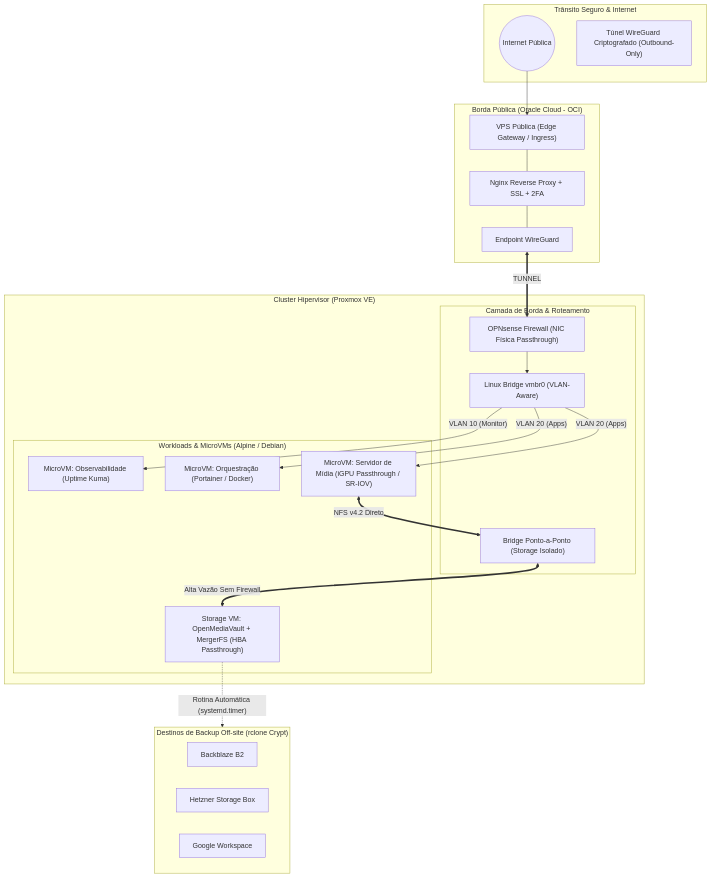
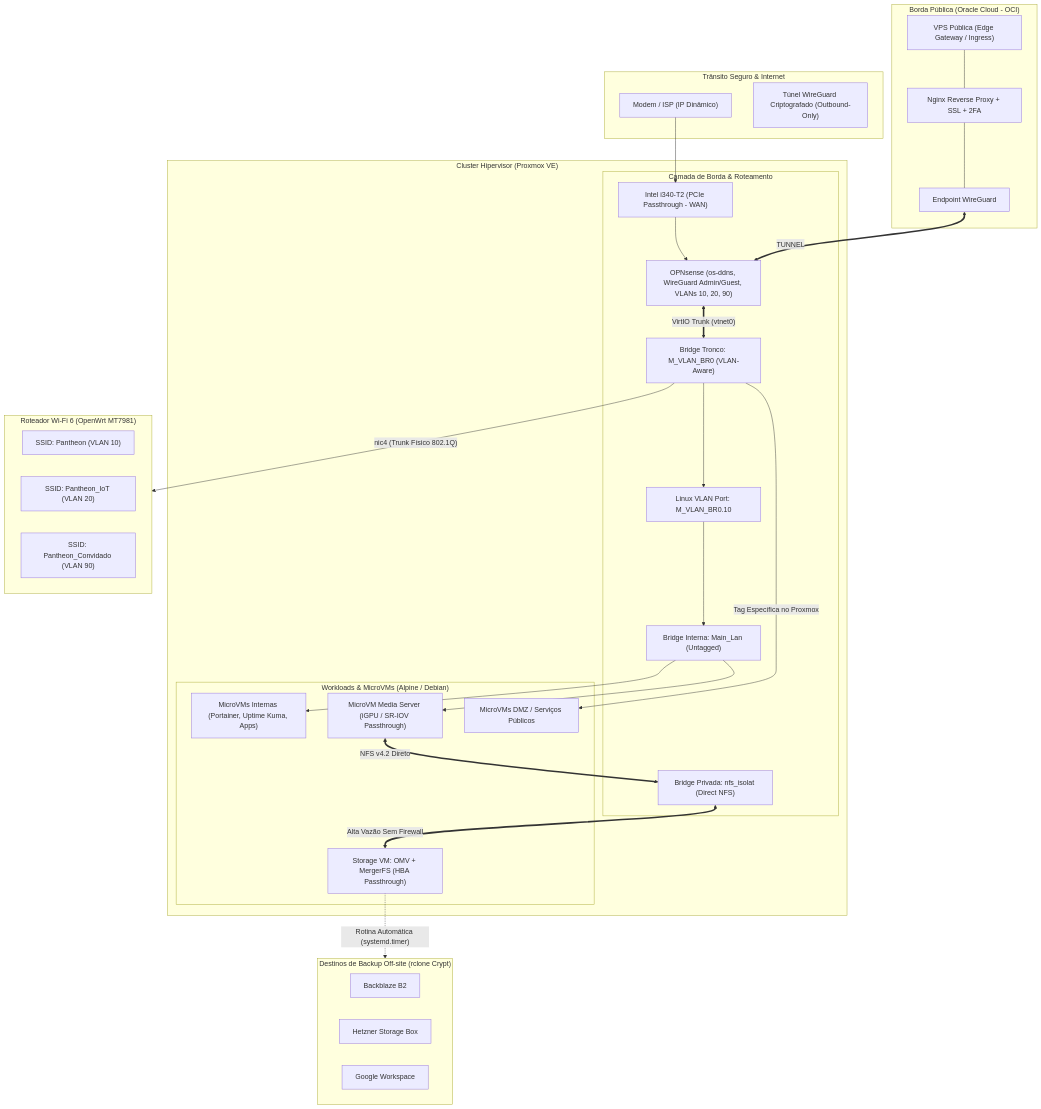
The diagram in README.md (hermes-pantheon-pb/devops-portfolio), drawn with Mermaid before and after one commit. The commit also changed 1 other file, not shown here.

Commit message:
docs(network): align topology and diagrams with actual Proxmox bridges, OPNsense VLANs, and OpenWrt AP

````diff
--- a/README.md
+++ b/README.md
@@ -31,48 +31,60 @@
 ```mermaid
 graph TB
     subgraph CLOUD ["Borda Pública (Oracle Cloud - OCI)"]
         OCI_EDGE["VPS Pública (Edge Gateway / Ingress)"]
         OCI_NGINX["Nginx Reverse Proxy + SSL + 2FA"]
         OCI_WG["Endpoint WireGuard"]
         OCI_EDGE --- OCI_NGINX --- OCI_WG
     end
 
     subgraph WAN ["Trânsito Seguro & Internet"]
-        INTERNET(("Internet Pública"))
+        ISP["Modem / ISP (IP Dinâmico)"]
         TUNNEL["Túnel WireGuard Criptografado (Outbound-Only)"]
     end
 
     subgraph PROXMOX ["Cluster Hipervisor (Proxmox VE)"]
         subgraph CORE_NET ["Camada de Borda & Roteamento"]
-            OPNSENSE["OPNsense Firewall (NIC Física Passthrough)"]
-            VMBR0["Linux Bridge vmbr0 (VLAN-Aware)"]
-            VMBR_STOR["Bridge Ponto-a-Ponto (Storage Isolado)"]
+            I340_WAN["Intel i340-T2 (PCIe Passthrough - WAN)"]
+            OPNSENSE["OPNsense (os-ddns, WireGuard Admin/Guest, VLANs 10, 20, 90)"]
+            M_VLAN_BR0["Bridge Tronco: M_VLAN_BR0 (VLAN-Aware)"]
+            ACCESS_PORT["Linux VLAN Port: M_VLAN_BR0.10"]
+            MAIN_LAN["Bridge Interna: Main_Lan (Untagged)"]
+            NFS_ISOLAT["Bridge Privada: nfs_isolat (Direct NFS)"]
         end
 
         subgraph WORKLOADS ["Workloads & MicroVMs (Alpine / Debian)"]
-            VM_KUMA["MicroVM: Observabilidade (Uptime Kuma)"]
-            VM_APPS["MicroVM: Orquestração (Portainer / Docker)"]
-            VM_MEDIA["MicroVM: Servidor de Mídia (iGPU Passthrough / SR-IOV)"]
-            VM_STORAGE["Storage VM: OpenMediaVault + MergerFS (HBA Passthrough)"]
+            VM_TRUSTED["MicroVMs Internas (Portainer, Uptime Kuma, Apps)"]
+            VM_MEDIA["MicroVM Media Server (iGPU / SR-IOV Passthrough)"]
+            VM_STORAGE["Storage VM: OMV + MergerFS (HBA Passthrough)"]
+            VM_DMZ["MicroVMs DMZ / Serviços Públicos"]
         end
+    end
+
+    subgraph OPENWRT_WIFI ["Roteador Wi-Fi 6 (OpenWrt MT7981)"]
+        SSID_MAIN["SSID: Pantheon (VLAN 10)"]
+        SSID_IOT["SSID: Pantheon_IoT (VLAN 20)"]
+        SSID_GUEST["SSID: Pantheon_Convidado (VLAN 90)"]
     end
 
     subgraph BACKUP_TIER ["Destinos de Backup Off-site (rclone Crypt)"]
         B2["Backblaze B2"]
         HETZNER["Hetzner Storage Box"]
         GDRIVE["Google Workspace"]
     end
 
-    INTERNET --> OCI_EDGE
+    ISP --> I340_WAN --> OPNSENSE
     OCI_WG <== TUNNEL ==> OPNSENSE
-    OPNSENSE --> VMBR0
+    OPNSENSE <== "VirtIO Trunk (vtnet0)" ==> M_VLAN_BR0
 
-    VMBR0 -- "VLAN 20 (Apps)" --> VM_APPS
-    VMBR0 -- "VLAN 20 (Apps)" --> VM_MEDIA
-    VMBR0 -- "VLAN 10 (Monitor)" --> VM_KUMA
+    M_VLAN_BR0 --> ACCESS_PORT --> MAIN_LAN
+    MAIN_LAN --> VM_TRUSTED
+    MAIN_LAN --> VM_MEDIA
+    M_VLAN_BR0 -- "Tag Específica no Proxmox" --> VM_DMZ
 
-    VM_MEDIA <== "NFS v4.2 Direto" ==> VMBR_STOR
-    VMBR_STOR <== "Alta Vazão Sem Firewall" ==> VM_STORAGE
+    M_VLAN_BR0 -- "nic4 (Trunk Físico 802.1Q)" --> OPENWRT_WIFI
+    
+    VM_MEDIA <== "NFS v4.2 Direto" ==> NFS_ISOLAT
+    NFS_ISOLAT <== "Alta Vazão Sem Firewall" ==> VM_STORAGE
 
     VM_STORAGE -. "Rotina Automática (systemd.timer)" .-> BACKUP_TIER
 ```
````
